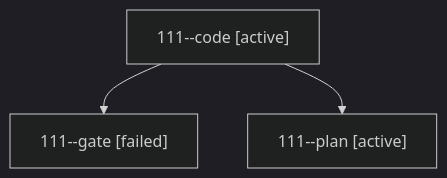
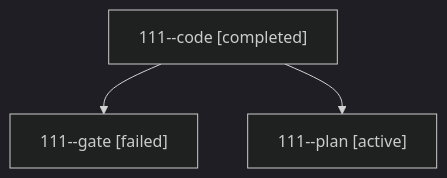
Before and after one commit to bobs-org/bob-cli--agents: the diagram in sessions/bbugyi200.athena.111.md, drawn with Mermaid (dark theme). The commit also changed other lines of this file and 16 other files, not shown here.

````diff
--- a/sessions/bbugyi200.athena.111.md
+++ b/sessions/bbugyi200.athena.111.md
@@ -9,8 +9,8 @@
 ```mermaid
 flowchart TD
-  n0["111--code [active]"]
+  n0["111--code [completed]"]
   n1["111--gate [failed]"]
   n0 --> n1
   n2["111--plan [active]"]
   n0 --> n2
 ```
````
